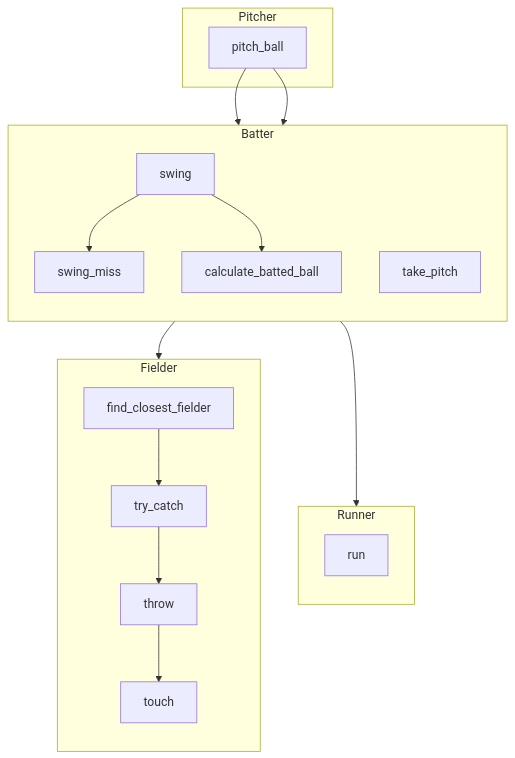
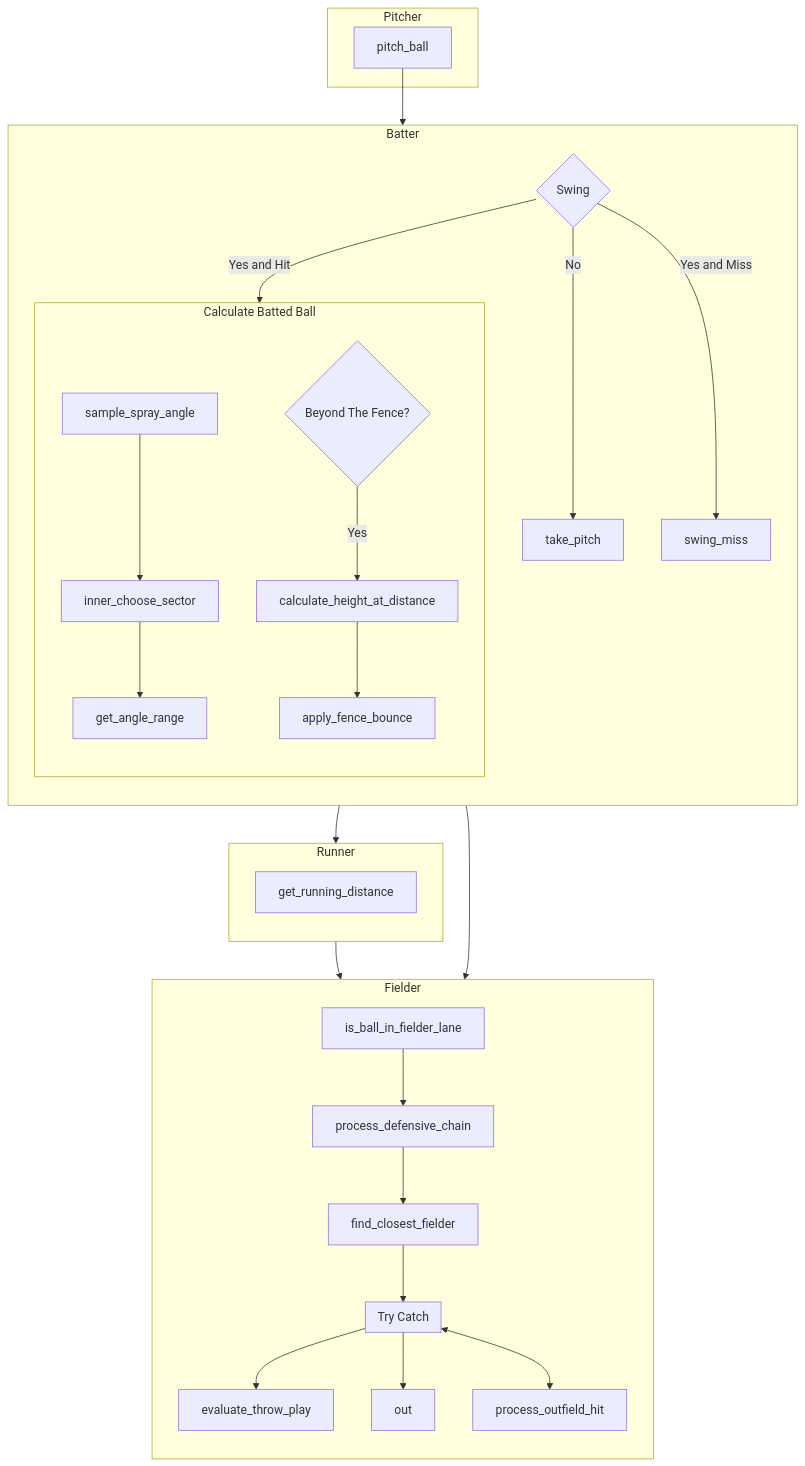
Before and after one commit to torafugu/saberbb: the diagram in docs/ball_play_diagram.mmd, drawn with Mermaid. The commit also changed 6 other files, not shown here.

Commit message:
process_defensive_chain was added

```diff
--- a/docs/ball_play_diagram.mmd
+++ b/docs/ball_play_diagram.mmd
@@ -1,27 +1,42 @@
 flowchart TD
   subgraph pitcher["Pitcher"]
     pitch_ball
   end
 
-  pitch_ball --> swing
-  pitch_ball --> take_pitch
+  pitch_ball --> batter
     
   subgraph batter["Batter"]
     direction TB
-    take_pitch
-    swing --> swing_miss
-    swing --> calculate_batted_ball
+    swing{Swing}
+    swing --> |No|take_pitch
+    swing --> |Yes and Miss|swing_miss
+    swing --> |Yes and Hit|calculate_batted_ball
+  end
+
+  subgraph calculate_batted_ball["Calculate Batted Ball"]
+    direction TB
+    sample_spray_angle --> inner_choose_sector --> get_angle_range
+    beyond_the_fence{Beyond The Fence?} --> |Yes|calculate_height_at_distance --> apply_fence_bounce
   end
 
   calculate_batted_ball --> fielder
   calculate_batted_ball --> runner
 
   subgraph fielder["Fielder"]
     direction TB
-    find_closest_fielder --> try_catch --> throw --> touch
+    is_ball_in_fielder_lane --> process_defensive_chain --> find_closest_fielder --> try_catch --> evaluate_throw_play
+    try_catch --> out
+    try_catch <--> process_outfield_hit
+  end
+
+  subgraph try_catch["Try Catch"]
+    calculate_height_at_distance
+    apply_fence_bounce
   end
 
   subgraph runner["Runner"]
     direction TB
-    run
+    get_running_distance
   end
+
+  get_running_distance --> evaluate_throw_play
```
